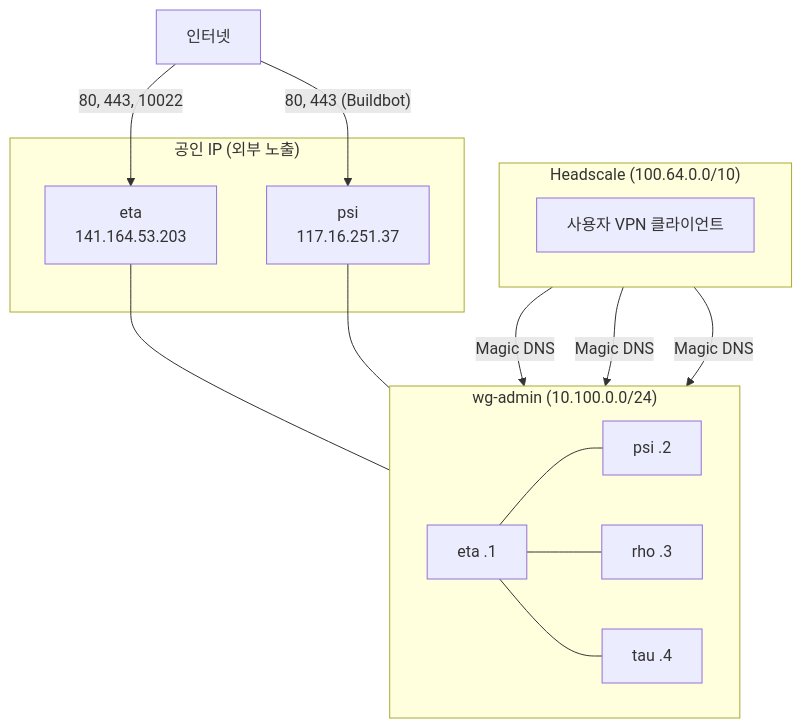
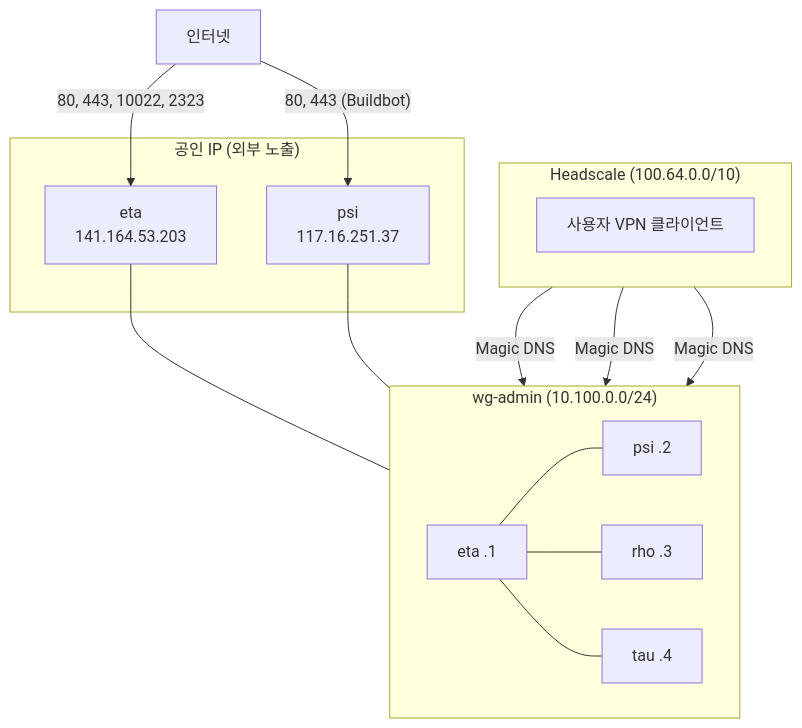
One commit to SBEE-Lab/infra changed the first of 2 diagrams in docs/admin/network.md. Above: the diagram before and after it, drawn with Mermaid. The commit also changed other lines of this file and 18 other files, not shown here.

````diff
--- a/docs/admin/network.md
+++ b/docs/admin/network.md
@@ -5,33 +5,33 @@
 ```mermaid
 graph TB
   internet["인터넷"]
 
   subgraph public["공인 IP (외부 노출)"]
     eta_pub["eta<br/>141.164.53.203"]
     psi_pub["psi<br/>117.16.251.37"]
   end
 
   subgraph wg["wg-admin (10.100.0.0/24)"]
     direction LR
     eta_wg["eta .1"]
     psi_wg["psi .2"]
     rho_wg["rho .3"]
     tau_wg["tau .4"]
   end
 
   subgraph hs["Headscale (100.64.0.0/10)"]
     direction LR
     users["사용자 VPN 클라이언트"]
   end
 
-  internet -- "80, 443, 10022" --> eta_pub
+  internet -- "80, 443, 10022, 2323" --> eta_pub
   internet -- "80, 443 (Buildbot)" --> psi_pub
   eta_pub --- eta_wg
   psi_pub --- psi_wg
   eta_wg --- psi_wg
   eta_wg --- rho_wg
   eta_wg --- tau_wg
   users -- "Magic DNS" --> eta_wg
   users -- "Magic DNS" --> psi_wg
   users -- "Magic DNS" --> tau_wg
 ```
````
